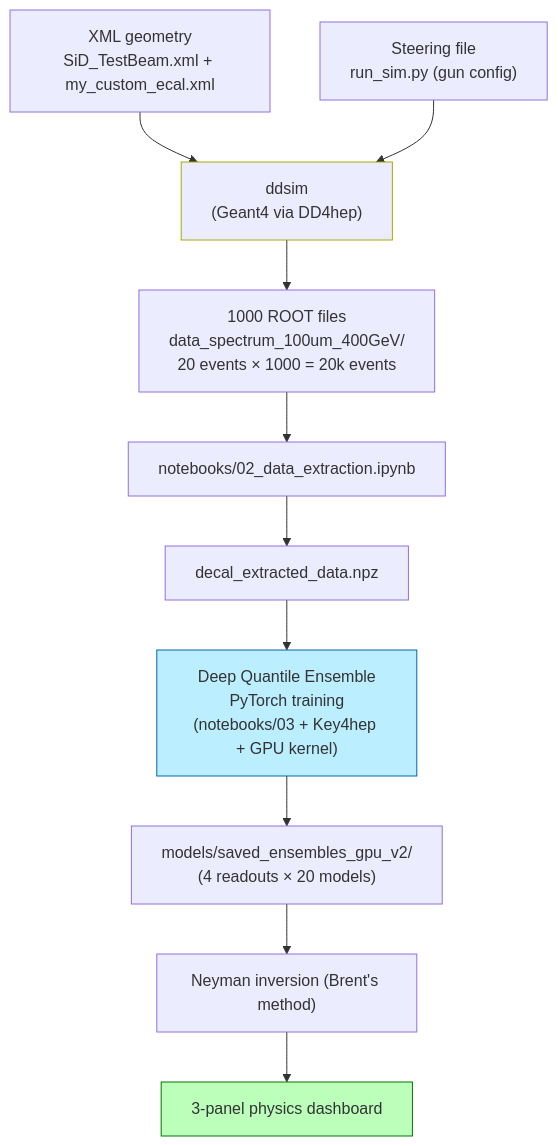
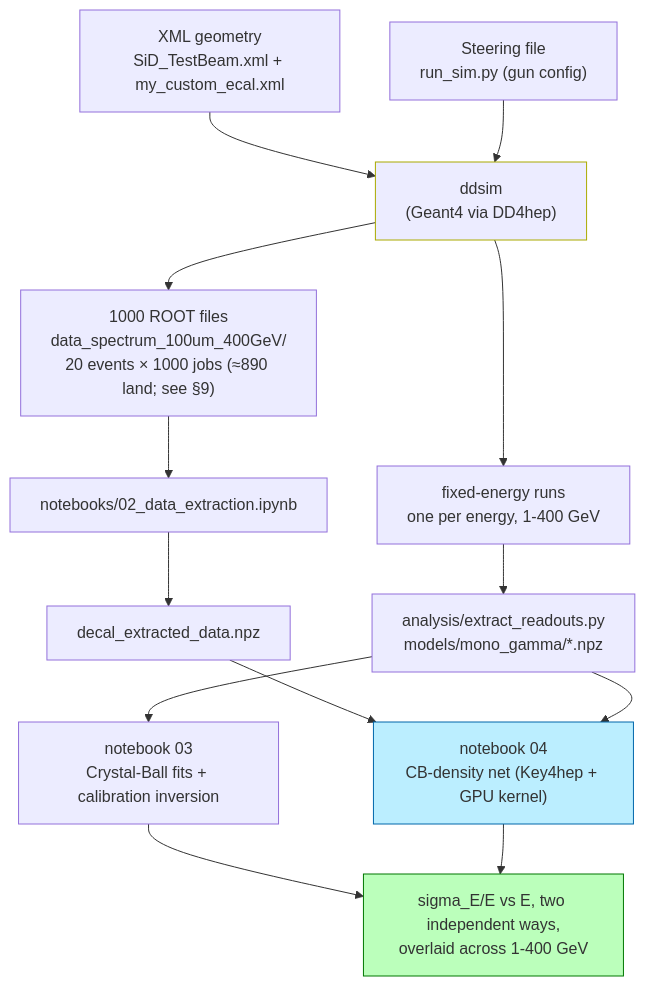
Before and after one commit to murtaza-safdari/CALOMAPS: the diagram in docs/handbook.md, drawn with Mermaid. The commit also changed other lines of this file and 18 other files, not shown here.

````diff
--- a/docs/handbook.md
+++ b/docs/handbook.md
@@ -344,16 +356,19 @@
 ```mermaid
 flowchart TD
     A["XML geometry<br/>SiD_TestBeam.xml + my_custom_ecal.xml"] --> B
     C["Steering file<br/>run_sim.py (gun config)"] --> B
-    B["ddsim<br/>(Geant4 via DD4hep)"] --> D["1000 ROOT files<br/>data_spectrum_100um_400GeV/<br/>20 events × 1000 = 20k events"]
+    B["ddsim<br/>(Geant4 via DD4hep)"] --> D["1000 ROOT files<br/>data_spectrum_100um_400GeV/<br/>20 events × 1000 jobs (≈890 land; see §9)"]
     D --> E["notebooks/02_data_extraction.ipynb"]
     E --> F["decal_extracted_data.npz"]
-    F --> G["Deep Quantile Ensemble<br/>PyTorch training<br/>(notebooks/03 + Key4hep + GPU kernel)"]
-    G --> H["models/saved_ensembles_gpu_v2/<br/>(4 readouts × 20 models)"]
-    H --> I["Neyman inversion (Brent's method)"]
-    I --> J["3-panel physics dashboard"]
+    B --> M["fixed-energy runs<br/>one per energy, 1-400 GeV"]
+    M --> N["analysis/extract_readouts.py<br/>models/mono_gamma/*.npz"]
+    N --> O["notebook 03<br/>Crystal-Ball fits + calibration inversion"]
+    F --> P["notebook 04<br/>CB-density net (Key4hep + GPU kernel)"]
+    N --> P
+    O --> Q["sigma_E/E vs E, two independent ways,<br/>overlaid across 1-400 GeV"]
+    P --> Q
 
     style B fill:#fffbb,stroke:#aa0
-    style G fill:#bef,stroke:#06a
-    style J fill:#bfb,stroke:#070
+    style P fill:#bef,stroke:#06a
+    style Q fill:#bfb,stroke:#070
 ```
````
